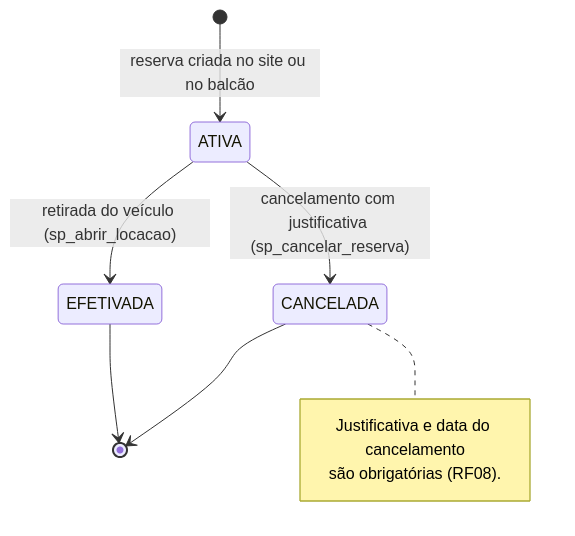
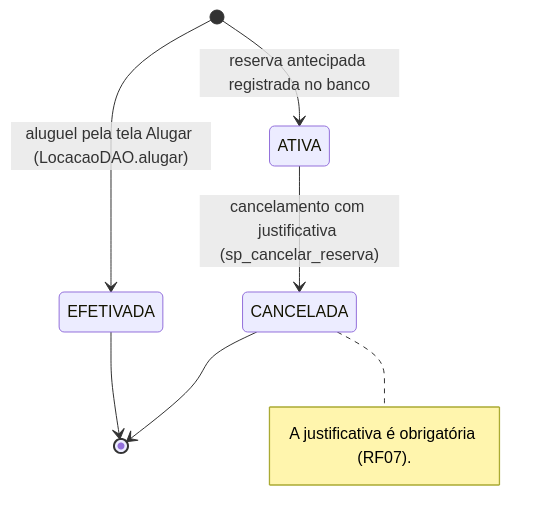
Before and after one commit to lucasorlandi7/NextDrive: the fifth of 7 diagrams in docs/artigo.md, drawn with Mermaid. The commit also changed other lines of this file, not shown here.

````diff
--- a/docs/artigo.md
+++ b/docs/artigo.md
@@ -1280,13 +1130,12 @@
 ```mermaid
 stateDiagram-v2
-    [*] --> ATIVA : reserva criada no site ou no balcão
+    [*] --> EFETIVADA : aluguel pela tela Alugar (LocacaoDAO.alugar)
+    [*] --> ATIVA : reserva antecipada registrada no banco
     ATIVA --> CANCELADA : cancelamento com justificativa (sp_cancelar_reserva)
-    ATIVA --> EFETIVADA : retirada do veículo (sp_abrir_locacao)
     CANCELADA --> [*]
     EFETIVADA --> [*]
 
     note right of CANCELADA
-        Justificativa e data do cancelamento
-        são obrigatórias (RF08).
+        A justificativa é obrigatória (RF07).
     end note
 ```
````
